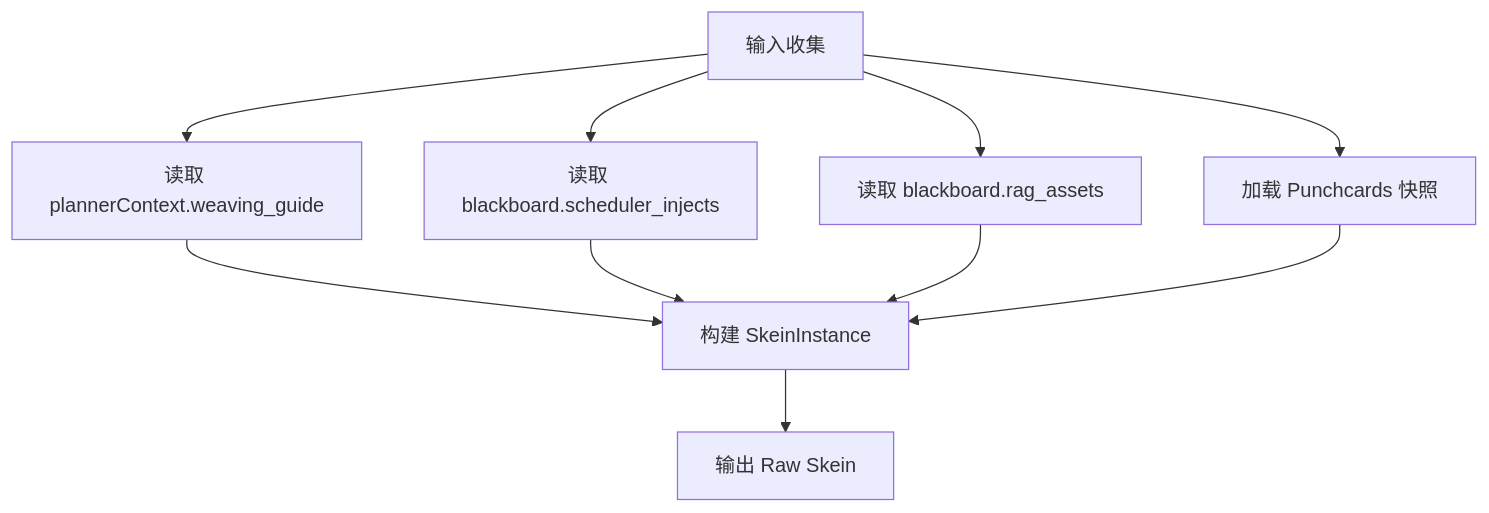
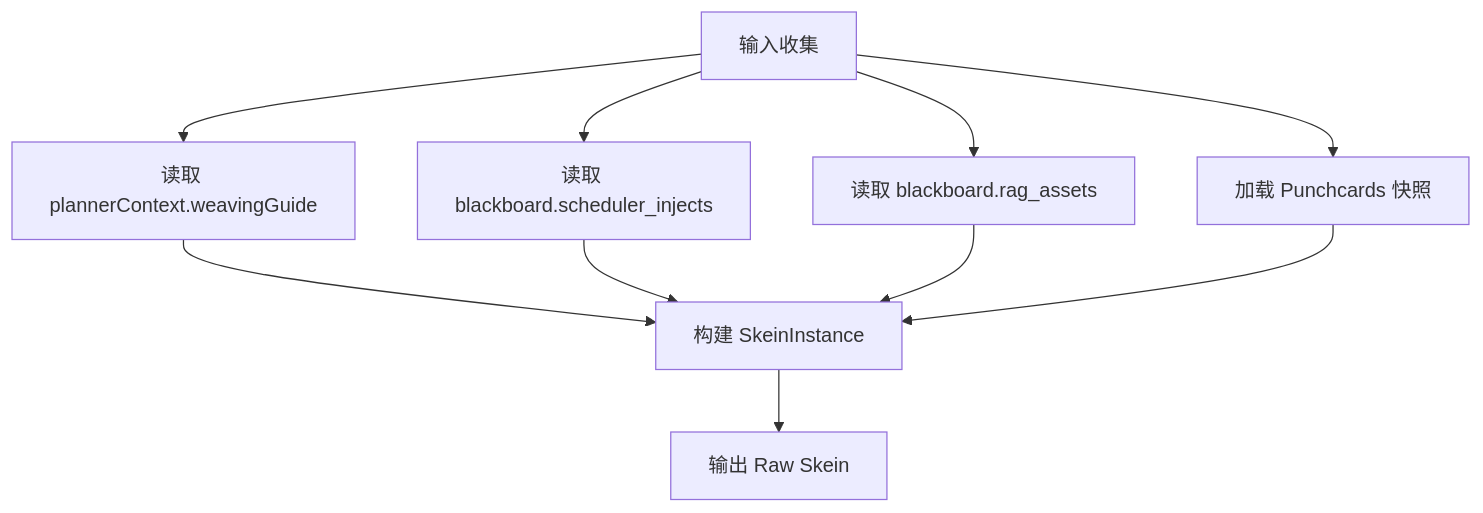
One commit to Abgetrennter/Clotho-Design changed the diagram in 00_active_specs/jacquard/skein-and-weaving.md. Above: the diagram before and after it, drawn with Mermaid. The commit also changed 9 other files, not shown here.

````diff
--- a/00_active_specs/jacquard/skein-and-weaving.md
+++ b/00_active_specs/jacquard/skein-and-weaving.md
@@ -437,14 +437,14 @@
 ```mermaid
 graph TD
-    Input[输入收集] --> Planner[读取 plannerContext.weaving_guide]
+    Input[输入收集] --> Planner[读取 plannerContext.weavingGuide]
     Input --> Blackboard[读取 blackboard.scheduler_injects]
     Input --> RAG[读取 blackboard.rag_assets]
     Input --> Mnemosyne[加载 Punchcards 快照]
     
     Planner --> Build[构建 SkeinInstance]
     Blackboard --> Build
     RAG --> Build
     Mnemosyne --> Build
     
     Build --> Output[输出 Raw Skein]
 ```
````
